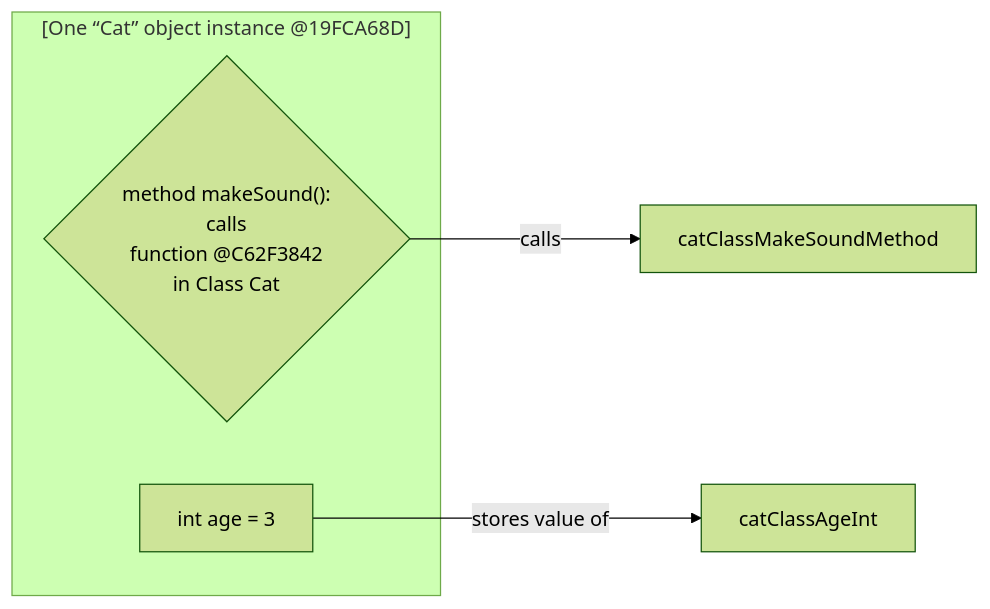
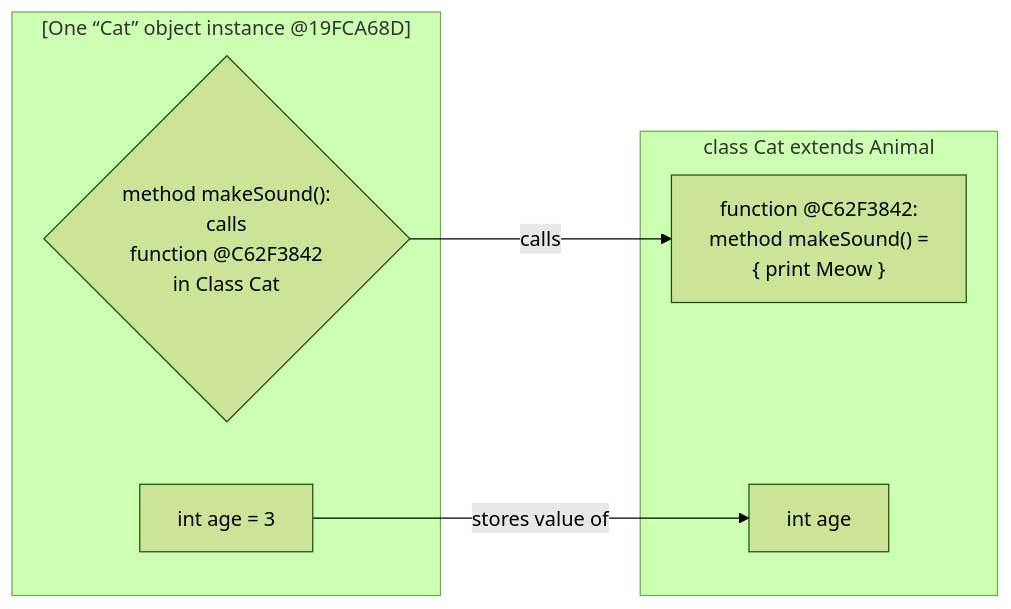
The first of 5 diagrams in 09-ClassOrientedProgramming.md (realityexpander/How_to_program_from_ground_up), drawn with Mermaid (forest theme) before and after one commit.

Commit message:
Add to COP

````diff
--- a/09-ClassOrientedProgramming.md
+++ b/09-ClassOrientedProgramming.md
@@ -28,39 +28,39 @@
     ```mermaid
       flowchart LR
       
       catObjectMakeSoundMethodFunctionPointer -- calls --> catClassMakeSoundMethod:::Object
       catObjectAgeInt -- stores value of --> catClassAgeInt
       subgraph catObject["[One “Cat” object instance @19FCA68D]"]
           catObjectAgeInt["int age = 3"]
           catObjectMakeSoundMethodFunctionPointer{"method makeSound(): 
                                              calls 
                                        function @C62F3842
                                        in Class Cat"}
       end
+      subgraph classCat["class Cat extends Animal"]
+          catClassAgeInt["int age"]
+          catClassMakeSoundMethod["function @C62F3842:  
+                      method makeSound() =
+                      { print Meow }"]
+      end
 %%    abstractAgeInt -- ”expects” --> catClassAgeInt
 %%    abstractMakeSoundMethod -- “expects” --> catClassMakeSoundMethod:::Object
 %%    catClassAgeInt -- implements --> abstractAgeInt:::Abstract
-%%    subgraph classCat["class Cat extends Animal"]
-%%        catClassAgeInt["int age"]
-%%        catClassMakeSoundMethod["function @C62F3842:  
-%%                    method makeSound() =
-%%                    { print Meow }"]
-%%    end
 %%      
 %%      classCat -- creates object --> catObject:::Object
 %%      classCat -- extends --> abstractAnimal:::Abstract
 %%      catClassMakeSoundMethod -- implements --> abstractMakeSoundMethod:::Abstract
 %%      subgraph abstractAnimal["abstract class Animal"]
 %%        abstractAgeInt["abstract int age"]
 %%        abstractMakeSoundMethod["abstract method 
 %%                                 makeSound()"]
 %%      end
 %%      
 %%      classDef Abstract fill:#222, stroke:#0F0, stroke-width:1px, color:#fff, stroke-dasharray: 5 5
 %%      classDef Class fill:#444, stroke:#00F, stroke-width:1px, color:#000, stroke-dasharray: 5 5
 %%      style classCat fill:#444, stroke:#DDD, stroke-width:1px, color:#000, stroke-dasharray: 5 5
 %%      style catClassAgeInt fill:#444, stroke:#DDD, stroke-width:1px, color:#FFF, stroke-dasharray: 5 5
 %%      classDef Object fill:#55F, stroke:#FFF, stroke-width:3px, color:#fff
 %%      style catObjectAgeInt fill:#55F, stroke:#FFF, stroke-width:3px, color:#fff
 %%      style catObjectMakeSoundMethodFunctionPointer fill:#222, stroke:#DDD, stroke-width:1px, color:#000, stroke-dasharray: 5 5
     ```
````
